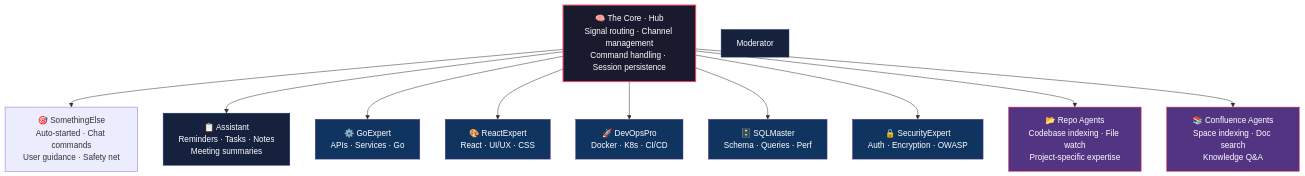
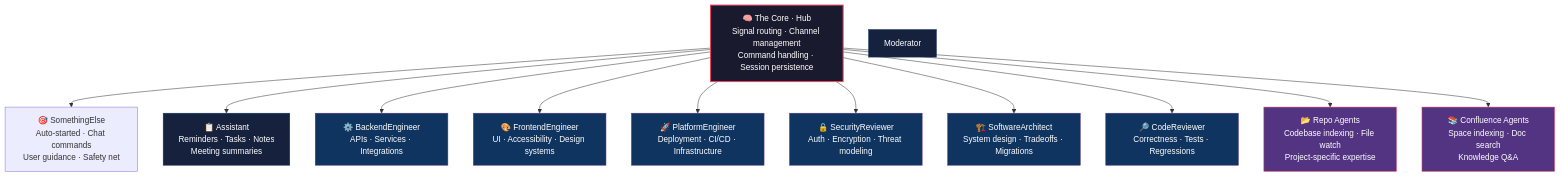
The diagram in README.md (camronwood/neural-junkie), drawn with Mermaid before and after one commit. The commit also changed other lines of this file and 133 other files, not shown here.

````diff
--- a/README.md
+++ b/README.md
@@ -23,27 +23,29 @@
 ```mermaid
 graph TB
     Core[🧠 The Core · Hub<br/>Signal routing · Channel management<br/>Command handling · Session persistence]
 
     Core --> SomethingElse[🎯 SomethingElse<br/>Auto-started · Chat commands<br/>User guidance · Safety net]
     Core --> Assistant[📋 Assistant<br/>Reminders · Tasks · Notes<br/>Meeting summaries]
 
-    Core --> GoExpert[⚙️ GoExpert<br/>APIs · Services · Go]
-    Core --> ReactExpert[🎨 ReactExpert<br/>React · UI/UX · CSS]
-    Core --> DevOpsPro[🚀 DevOpsPro<br/>Docker · K8s · CI/CD]
-    Core --> SQLMaster[🗄️ SQLMaster<br/>Schema · Queries · Perf]
-    Core --> SecurityExpert[🔒 SecurityExpert<br/>Auth · Encryption · OWASP]
+    Core --> BackendEngineer[⚙️ BackendEngineer<br/>APIs · Services · Integrations]
+    Core --> FrontendEngineer[🎨 FrontendEngineer<br/>UI · Accessibility · Design systems]
+    Core --> PlatformEngineer[🚀 PlatformEngineer<br/>Deployment · CI/CD · Infrastructure]
+    Core --> SecurityReviewer[🔒 SecurityReviewer<br/>Auth · Encryption · Threat modeling]
+    Core --> SoftwareArchitect[🏗️ SoftwareArchitect<br/>System design · Tradeoffs · Migrations]
+    Core --> CodeReviewer[🔎 CodeReviewer<br/>Correctness · Tests · Regressions]
 
     Core --> RepoAgents[📂 Repo Agents<br/>Codebase indexing · File watch<br/>Project-specific expertise]
     Core --> ConfluenceAgents[📚 Confluence Agents<br/>Space indexing · Doc search<br/>Knowledge Q&A]
 
     style Core fill:#1a1a2e,stroke:#e94560,color:#fff,stroke-width:2px
     style Moderator fill:#16213e,stroke:#0f3460,color:#fff
     style Assistant fill:#16213e,stroke:#0f3460,color:#fff
-    style GoExpert fill:#0f3460,stroke:#533483,color:#fff
-    style ReactExpert fill:#0f3460,stroke:#533483,color:#fff
-    style DevOpsPro fill:#0f3460,stroke:#533483,color:#fff
-    style SQLMaster fill:#0f3460,stroke:#533483,color:#fff
-    style SecurityExpert fill:#0f3460,stroke:#533483,color:#fff
+    style BackendEngineer fill:#0f3460,stroke:#533483,color:#fff
+    style FrontendEngineer fill:#0f3460,stroke:#533483,color:#fff
+    style PlatformEngineer fill:#0f3460,stroke:#533483,color:#fff
+    style SecurityReviewer fill:#0f3460,stroke:#533483,color:#fff
+    style SoftwareArchitect fill:#0f3460,stroke:#533483,color:#fff
+    style CodeReviewer fill:#0f3460,stroke:#533483,color:#fff
     style RepoAgents fill:#533483,stroke:#e94560,color:#fff
     style ConfluenceAgents fill:#533483,stroke:#e94560,color:#fff
 ```
````
